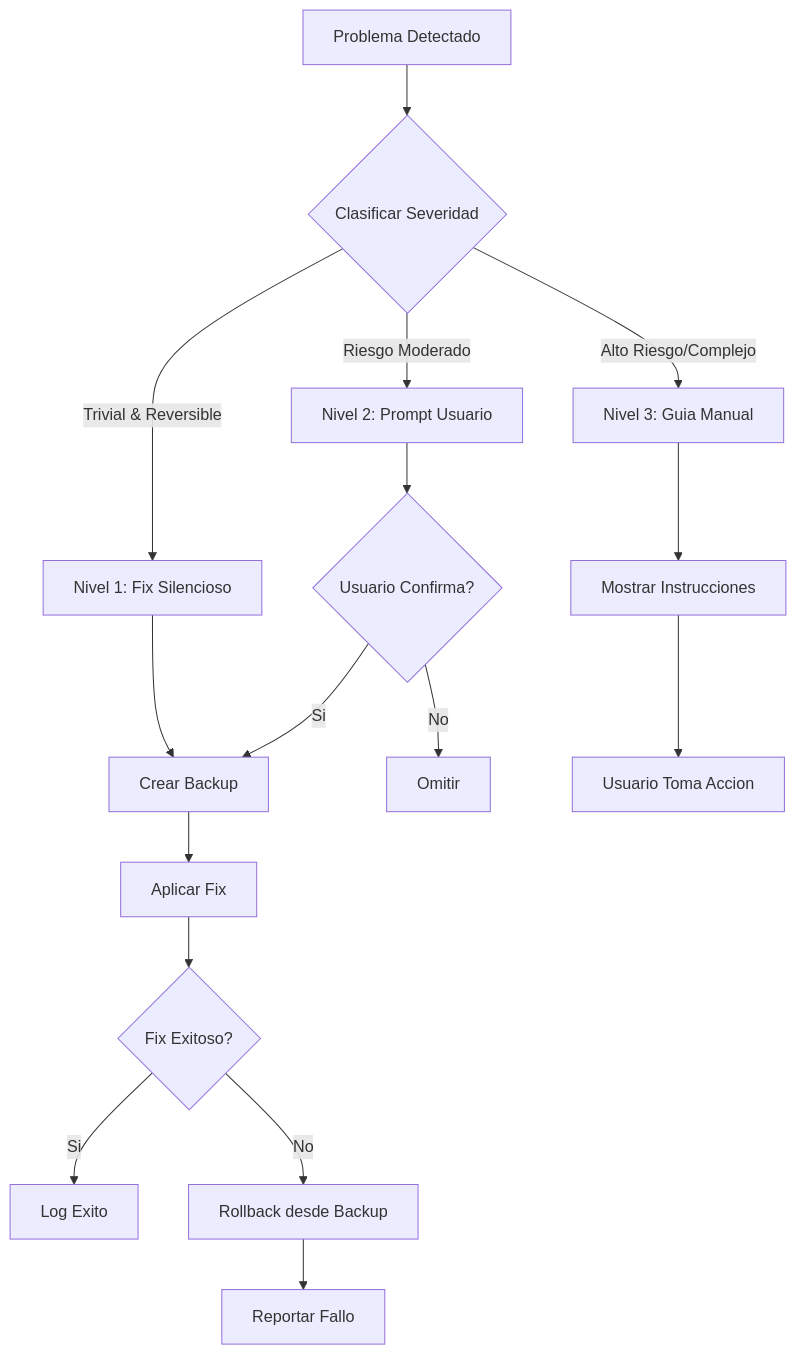
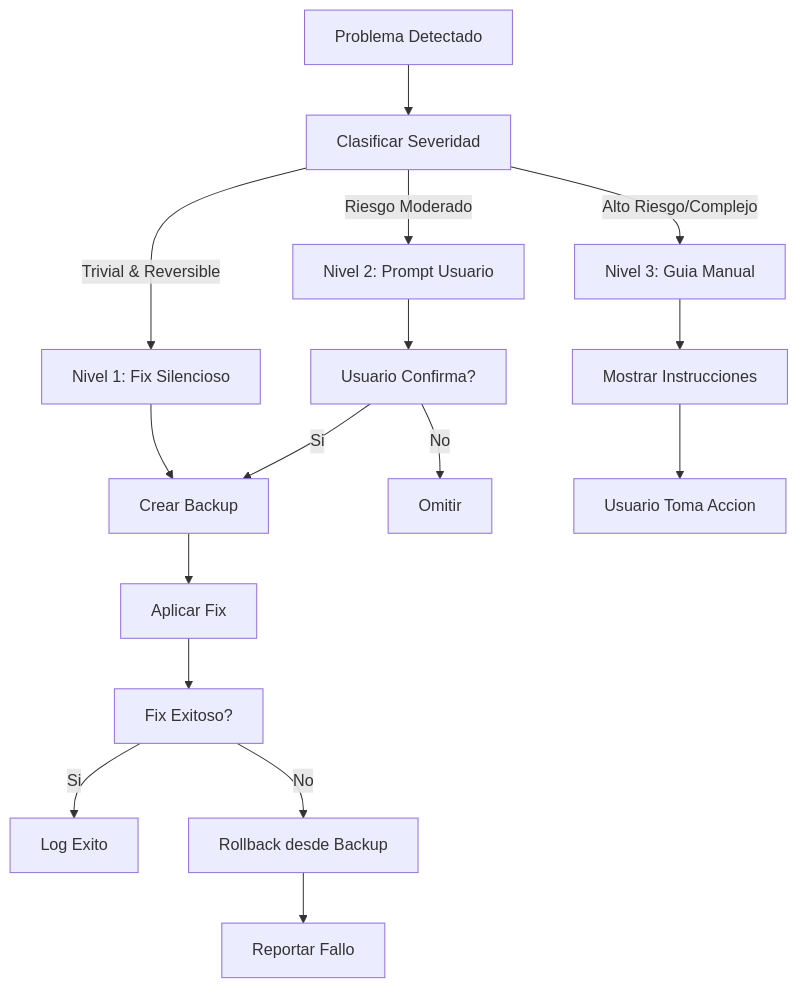
The second of 3 diagrams in content/es/docs/architecture/adr/adr-hcs-health-check-system.mdx (bychrisr/aios-docs), drawn with Mermaid before and after one commit. The commit also changed other lines of this file and 40 other files, not shown here.

````diff
--- a/content/es/docs/architecture/adr/adr-hcs-health-check-system.mdx
+++ b/content/es/docs/architecture/adr/adr-hcs-health-check-system.mdx
@@ -430,24 +430,24 @@
 ```mermaid
 flowchart TD
-    Issue["Problema Detectado"] --> Classify{"Clasificar Severidad"}
+    Issue["Problema Detectado"] --> Classify["Clasificar Severidad"]
 
-    Classify -->|Trivial & Reversible| T1["Nivel 1: Fix Silencioso"]
+    Classify -->|Trivial &amp; Reversible| T1["Nivel 1: Fix Silencioso"]
     Classify -->|Riesgo Moderado| T2["Nivel 2: Prompt Usuario"]
     Classify -->|Alto Riesgo/Complejo| T3["Nivel 3: Guia Manual"]
 
     T1 --> Backup["Crear Backup"]
-    T2 --> Confirm{"Usuario Confirma?"}
+    T2 --> Confirm["Usuario Confirma?"]
 
     Backup --> Apply["Aplicar Fix"]
     Confirm -->|Si| Backup
     Confirm -->|No| Skip["Omitir"]
 
-    Apply --> Verify{"Fix Exitoso?"}
+    Apply --> Verify["Fix Exitoso?"]
     Verify -->|Si| Log["Log Exito"]
     Verify -->|No| Rollback["Rollback desde Backup"]
 
     T3 --> Guide["Mostrar Instrucciones"]
     Guide --> UserAction["Usuario Toma Accion"]
 
     Rollback --> Fail["Reportar Fallo"]
 ```
````
